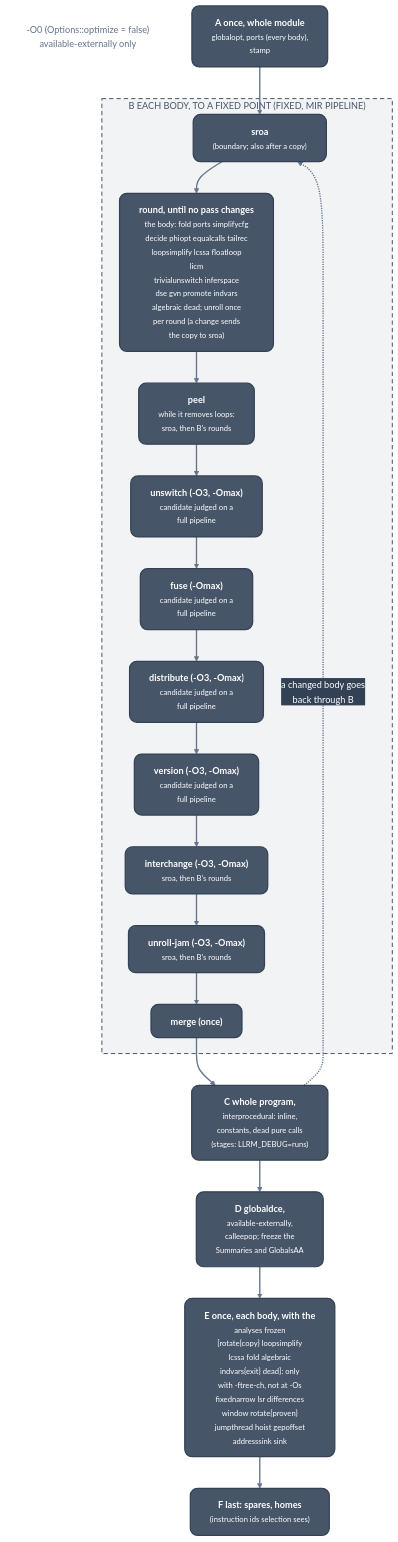
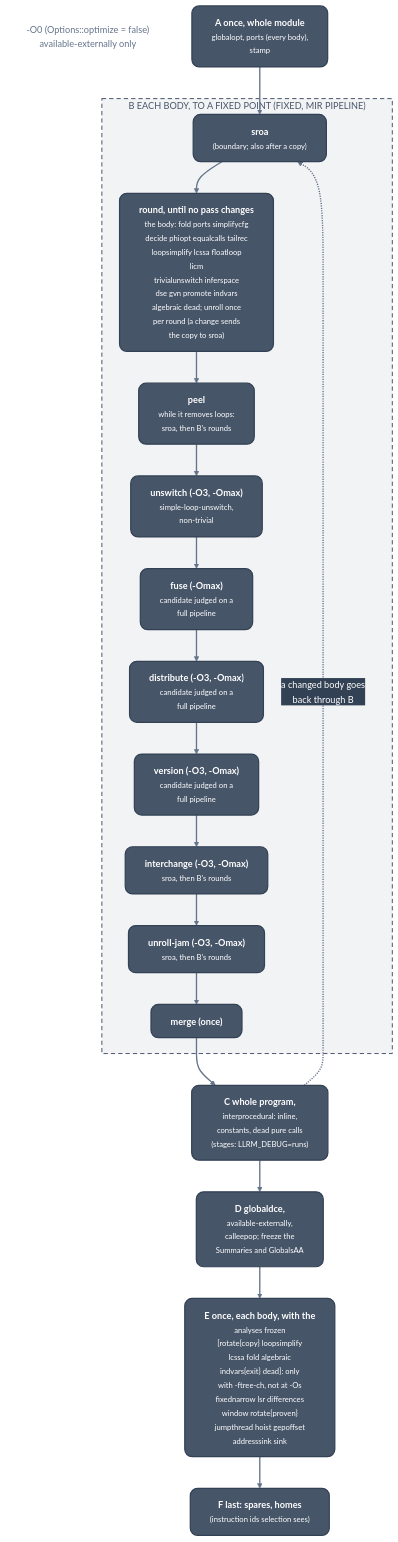
Before and after one commit to ali-mosavian/llrm: the diagram in docs/optimizations/passes/pipeline.md, drawn with Mermaid. The commit also changed other lines of this file and 36 other files, not shown here.

First line of the commit message:
feat(unswitch): non-trivial unswitching at -O3, old pass gone

````diff
--- a/docs/optimizations/passes/pipeline.md
+++ b/docs/optimizations/passes/pipeline.md
@@ -22,41 +22,41 @@
 ```mermaid
 %%{init: {'theme':'base','themeVariables':{'fontFamily':'Segoe UI, Helvetica Neue, Arial, DejaVu Sans, sans-serif','fontSize':'15px','primaryColor':'#475569','primaryTextColor':'#ffffff','primaryBorderColor':'#334155','lineColor':'#64748b','secondaryColor':'#475569','tertiaryColor':'transparent','clusterBkg':'transparent','clusterBorder':'#64748b','edgeLabelBackground':'#334155','textColor':'#64748b','titleColor':'#64748b'},'flowchart':{'curve':'basis','nodeSpacing':38,'rankSpacing':52,'padding':16,'wrappingWidth':360,'htmlLabels':true,'useMaxWidth':true}}}%%
 flowchart TB
   classDef mid fill:#475569,stroke:#334155,stroke-width:2px,color:#ffffff,rx:12px,ry:12px
   classDef note fill:transparent,stroke:transparent,color:#64748b
   linkStyle default stroke:#64748b,stroke-width:2.2px
   o0["-O0 (Options::optimize = false)<br/>available-externally only"]:::note
   a["<b>A  once, whole module</b><br/><small>globalopt, ports (every body),<br/>stamp</small>"]:::mid
   subgraph g_b["B  EACH BODY, TO A FIXED POINT (FIXED, MIR PIPELINE)"]
     sroa["<b>sroa</b><br/><small>(boundary#59; also after a copy)</small>"]:::mid
     rnd["<b>round, until no pass changes</b><br/><small>the body: fold ports simplifycfg<br/>decide phiopt equalcalls tailrec<br/>loopsimplify lcssa floatloop<br/>licm<br/>trivialunswitch inferspace<br/>dse gvn promote indvars<br/>algebraic dead#59; unroll once<br/>per round (a change sends<br/>the copy to sroa)</small>"]:::mid
     peel["<b>peel</b><br/><small>while it removes loops:<br/>sroa, then B's rounds</small>"]:::mid
-    unsw["<b>unswitch (-O3, -Omax)</b><br/><small>candidate judged on a<br/>full pipeline</small>"]:::mid
+    unsw["<b>unswitch (-O3, -Omax)</b><br/><small>simple-loop-unswitch,<br/>non-trivial</small>"]:::mid
     dist["<b>distribute (-O3, -Omax)</b><br/><small>candidate judged on a<br/>full pipeline</small>"]:::mid
     ver["<b>version (-O3, -Omax)</b><br/><small>candidate judged on a<br/>full pipeline</small>"]:::mid
     fuse["<b>fuse (-Omax)</b><br/><small>candidate judged on a<br/>full pipeline</small>"]:::mid
     swap["<b>interchange (-O3, -Omax)</b><br/><small>sroa, then B's rounds</small>"]:::mid
     jam["<b>unroll-jam (-O3, -Omax)</b><br/><small>sroa, then B's rounds</small>"]:::mid
     mrg["<b>merge (once)</b>"]:::mid
   end
   c["<b>C  whole program,</b><br/><small>interprocedural: inline,<br/>constants, dead pure calls<br/>(stages: LLRM_DEBUG=runs)</small>"]:::mid
   d["<b>D  globaldce,</b><br/><small>available-externally,<br/>calleepop#59; freeze the<br/>Summaries and GlobalsAA</small>"]:::mid
   e["<b>E  once, each body, with the</b><br/><small>analyses frozen<br/>[rotate#123;copy#125; loopsimplify<br/>lcssa fold algebraic<br/>indvars#123;exit#125; dead]: only<br/>with -ftree-ch, not at -Os<br/>fixednarrow lsr differences<br/>window rotate#123;proven#125;<br/>jumpthread hoist gepoffset<br/>addresssink sink</small>"]:::mid
   f["<b>F  last: spares, homes</b><br/><small>(instruction ids selection sees)</small>"]:::mid
   a --> sroa
   sroa --> rnd
   rnd --> peel
   peel --> unsw
   unsw --> fuse
   fuse --> dist
   dist --> ver
   ver --> swap
   swap --> jam
   jam --> mrg
   mrg --> c
   c -.->|"a changed body goes<br/>back through B"| sroa
   c --> d
   d --> e
   e --> f
   style g_b fill:#47556912,stroke:#475569,stroke-width:1.6px,stroke-dasharray:7 5,color:#475569
 ```
````
